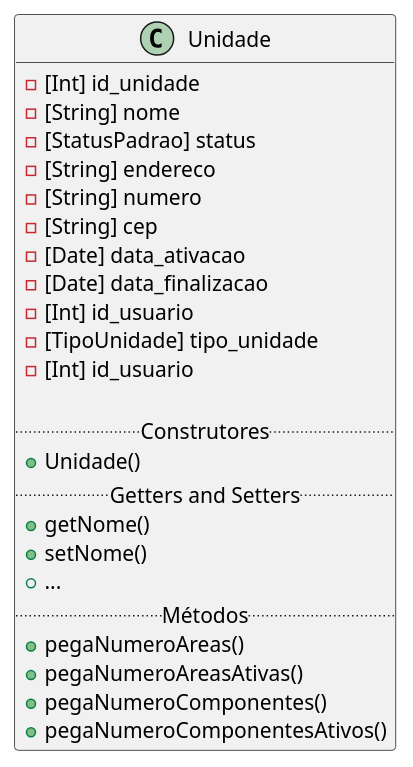
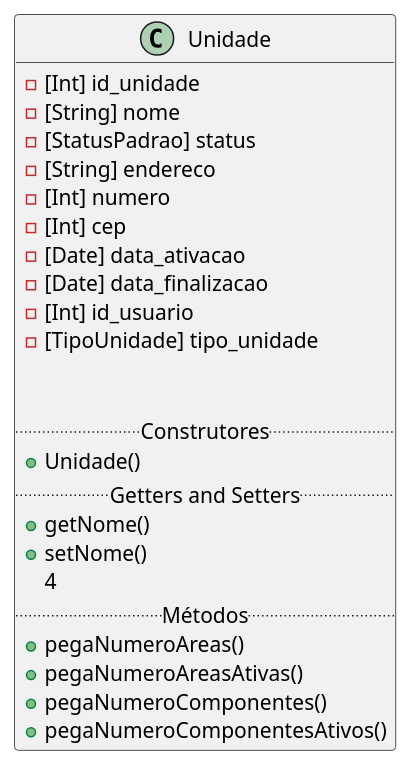
The diagram in Documentos/C4Model/Diagramas de Classe/Modelos/Unidade.puml (gutluana/Markab), drawn with PlantUML before and after one commit. The commit also changed 11 other files, not shown here.

Commit message:
Massa de dados no arquivo import.sql, alteração no diagrama de classes, alteração na classe usuario e controller do usuario

```diff
--- a/Documentos/C4Model/Diagramas de Classe/Modelos/Unidade.puml
+++ b/Documentos/C4Model/Diagramas de Classe/Modelos/Unidade.puml
@@ -1,27 +1,27 @@
 @startuml
 class Unidade {
     -[Int] id_unidade
     -[String] nome
     -[StatusPadrao] status
     -[String] endereco
-    -[String] numero
-    -[String] cep
+    -[Int] numero
+    -[Int] cep
     -[Date] data_ativacao
     -[Date] data_finalizacao
     -[Int] id_usuario
     -[TipoUnidade] tipo_unidade
-    -[Int] id_usuario
+  
  
   .. Construtores ..
     +Unidade()
   .. Getters and Setters ..
     +getNome()
     +setNome()
-    +...
+4
   .. Métodos ..
     +pegaNumeroAreas()
     +pegaNumeroAreasAtivas()
     +pegaNumeroComponentes()
     +pegaNumeroComponentesAtivos()
 }
 @enduml
```
